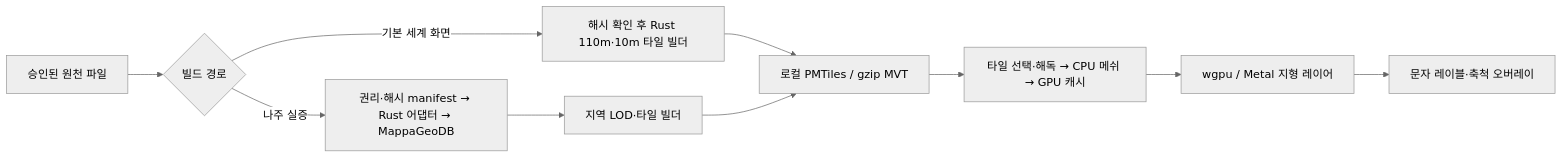
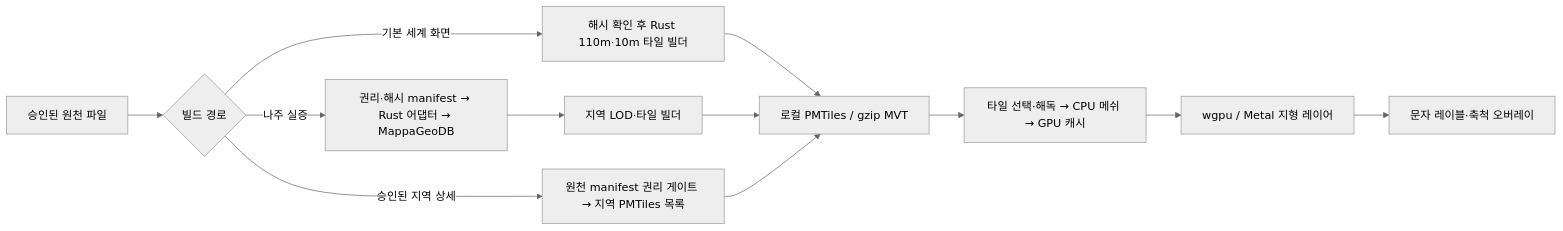
The diagram in docs/MAP_LAYER_ARCHITECTURE.md (seoyd/mappa), drawn with Mermaid (neutral theme) before and after one commit. The commit also changed other lines of this file and 13 other files, not shown here.

````diff
--- a/docs/MAP_LAYER_ARCHITECTURE.md
+++ b/docs/MAP_LAYER_ARCHITECTURE.md
@@ -7,12 +7,14 @@
 ```mermaid
 flowchart LR
     A[승인된 원천 파일] --> B{빌드 경로}
     B -->|기본 세계 화면| C[해시 확인 후 Rust 110m·10m 타일 빌더]
     B -->|나주 실증| D[권리·해시 manifest → Rust 어댑터 → MappaGeoDB]
     D --> E[지역 LOD·타일 빌더]
     C --> F[로컬 PMTiles / gzip MVT]
     E --> F
+    B -->|승인된 지역 상세| J[원천 manifest 권리 게이트 → 지역 PMTiles 목록]
+    J --> F
     F --> G[타일 선택·해독 → CPU 메쉬 → GPU 캐시]
     G --> H[wgpu / Metal 지형 레이어]
     H --> I[문자 레이블·축척 오버레이]
 ```
````
